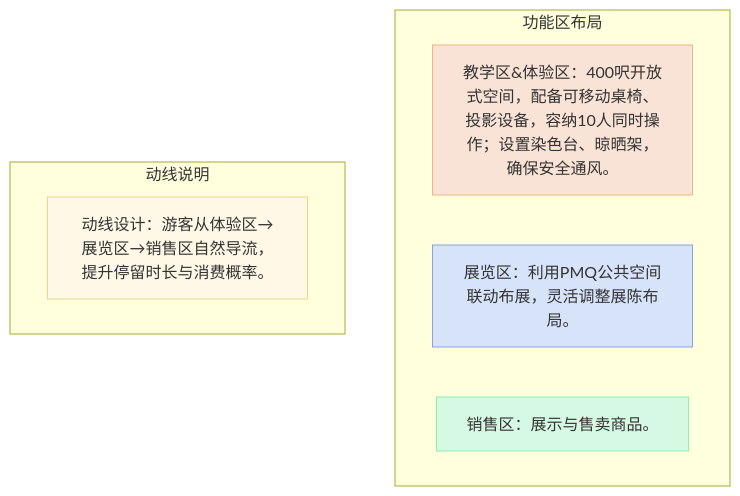
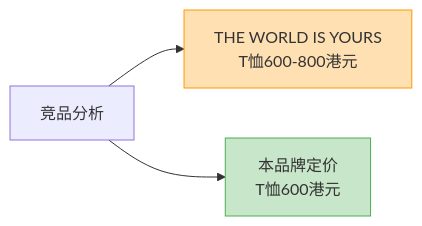
The second of 4 diagrams in README.md (NaturalRice/git-demo), drawn with Mermaid before and after one commit. The commit also changed other lines of this file, not shown here.

````diff
--- a/README.md
+++ b/README.md
@@ -81,17 +23,7 @@
 ```mermaid
-flowchart TD
-    subgraph 功能区布局
-        direction LR
-        A[教学区&体验区：400呎开放式空间，配备可移动桌椅、投影设备，容纳10人同时操作；设置染色台、晾晒架，确保安全通风。]
-        B[展览区：利用PMQ公共空间联动布展，灵活调整展陈布局。]
-        C[销售区：展示与售卖商品。]
-    end
-    subgraph 动线说明
-        D[动线设计：游客从体验区→展览区→销售区自然导流，提升停留时长与消费概率。]
-    end
-    
-    style A fill:#f9e3d6,stroke:#f0b489
-    style B fill:#d6e3f9,stroke:#89a0f0
-    style C fill:#d6f9e3,stroke:#89f0b4
-    style D fill:#fff8e6,stroke:#f0d489
+flowchart LR
+    A[竞品分析] --> B["THE WORLD IS YOURS\nT恤600-800港元"]
+    A --> C["本品牌定价\nT恤600港元"]
+    style B fill:#ffe0b2,stroke:#ff9800
+    style C fill:#c8e6c9,stroke:#4caf50
 ```
````
